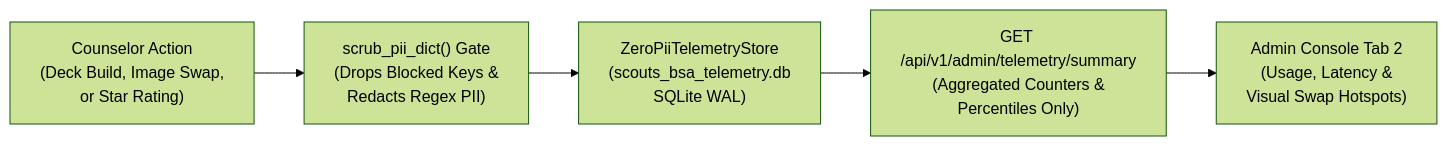
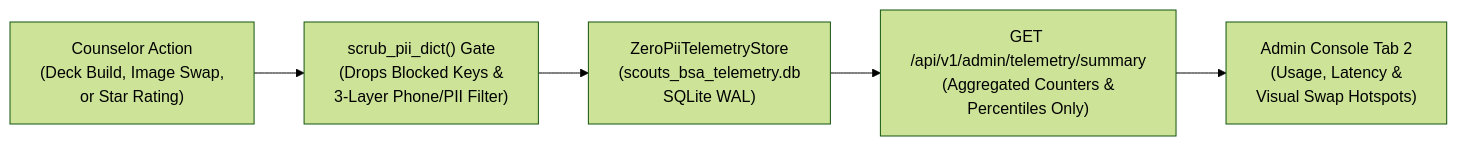
Before and after one commit to clayberg/scouts-bsa-merit-badge-agent: the diagram in docs/ADMIN_GUIDE.md, drawn with Mermaid (forest theme). The commit also changed other lines of this file and 193 other files, not shown here.

````diff
--- a/docs/ADMIN_GUIDE.md
+++ b/docs/ADMIN_GUIDE.md
@@ -35,7 +35,7 @@
 ```mermaid
 flowchart LR
-    Req["Counselor Action<br/>(Deck Build, Image Swap,<br/>or Star Rating)"] --> Scrubber["scrub_pii_dict() Gate<br/>(Drops Blocked Keys &<br/>Redacts Regex PII)"]
+    Req["Counselor Action<br/>(Deck Build, Image Swap,<br/>or Star Rating)"] --> Scrubber["scrub_pii_dict() Gate<br/>(Drops Blocked Keys &<br/>3-Layer Phone/PII Filter)"]
     Scrubber --> SQLite["ZeroPiiTelemetryStore<br/>(scouts_bsa_telemetry.db<br/>SQLite WAL)"]
     SQLite --> AdminAPI["GET /api/v1/admin/telemetry/summary<br/>(Aggregated Counters &<br/>Percentiles Only)"]
     AdminAPI --> Dashboard["Admin Console Tab 2<br/>(Usage, Latency &<br/>Visual Swap Hotspots)"]
 ```
````
